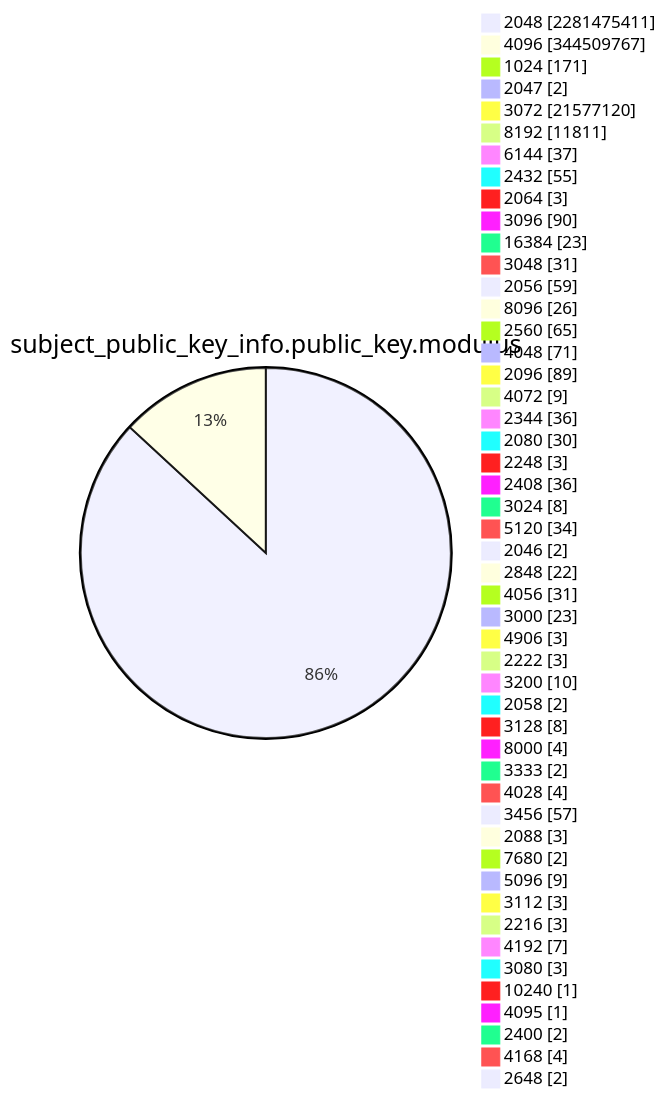
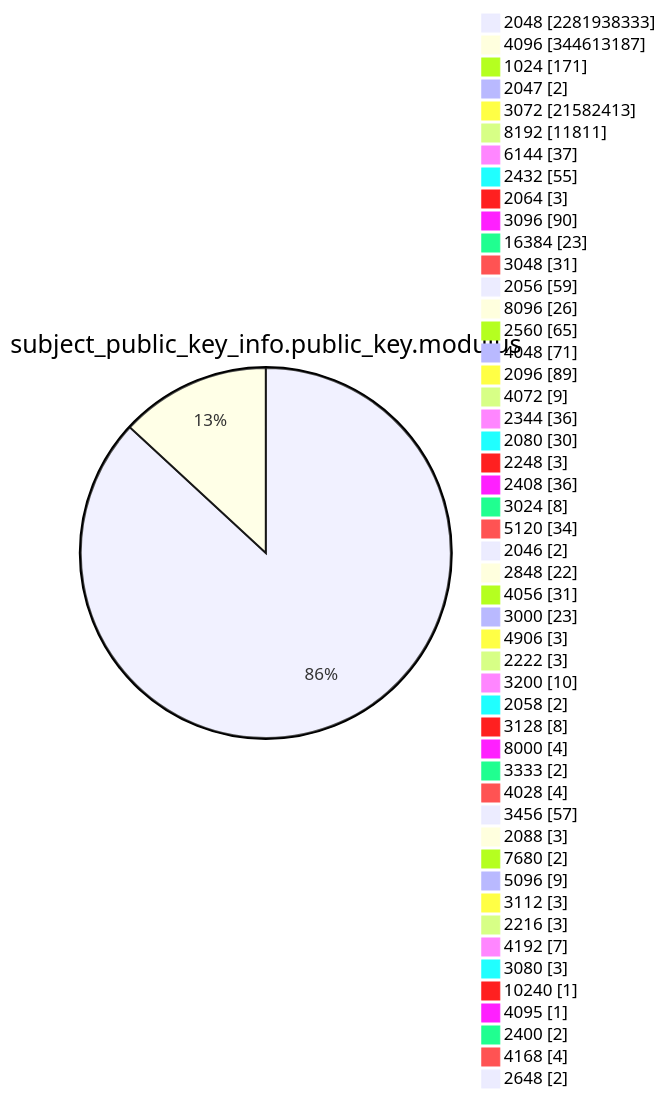
Before and after one commit to christiankrug/ctmonitor_visualization: diagram 13 of 15 in TOTAL/README.md, drawn with Mermaid. The commit also changed other lines of this file, not shown here.

````diff
--- a/TOTAL/README.md
+++ b/TOTAL/README.md
@@ -4167,53 +4167,53 @@
 ```mermaid
 pie showData
 title subject_public_key_info.public_key.modulus
-"2048" :2281475411
-"4096" :344509767
+"2048" :2281938333
+"4096" :344613187
 "1024" :171
 "2047" :2
-"3072" :21577120
+"3072" :21582413
 "8192" :11811
 "6144" :37
 "2432" :55
 "2064" :3
 "3096" :90
 "16384" :23
 "3048" :31
 "2056" :59
 "8096" :26
 "2560" :65
 "4048" :71
 "2096" :89
 "4072" :9
 "2344" :36
 "2080" :30
 "2248" :3
 "2408" :36
 "3024" :8
 "5120" :34
 "2046" :2
 "2848" :22
 "4056" :31
 "3000" :23
 "4906" :3
 "2222" :3
 "3200" :10
 "2058" :2
 "3128" :8
 "8000" :4
 "3333" :2
 "4028" :4
 "3456" :57
 "2088" :3
 "7680" :2
 "5096" :9
 "3112" :3
 "2216" :3
 "4192" :7
 "3080" :3
 "10240" :1
 "4095" :1
 "2400" :2
 "4168" :4
 "2648" :2
 ```
````
